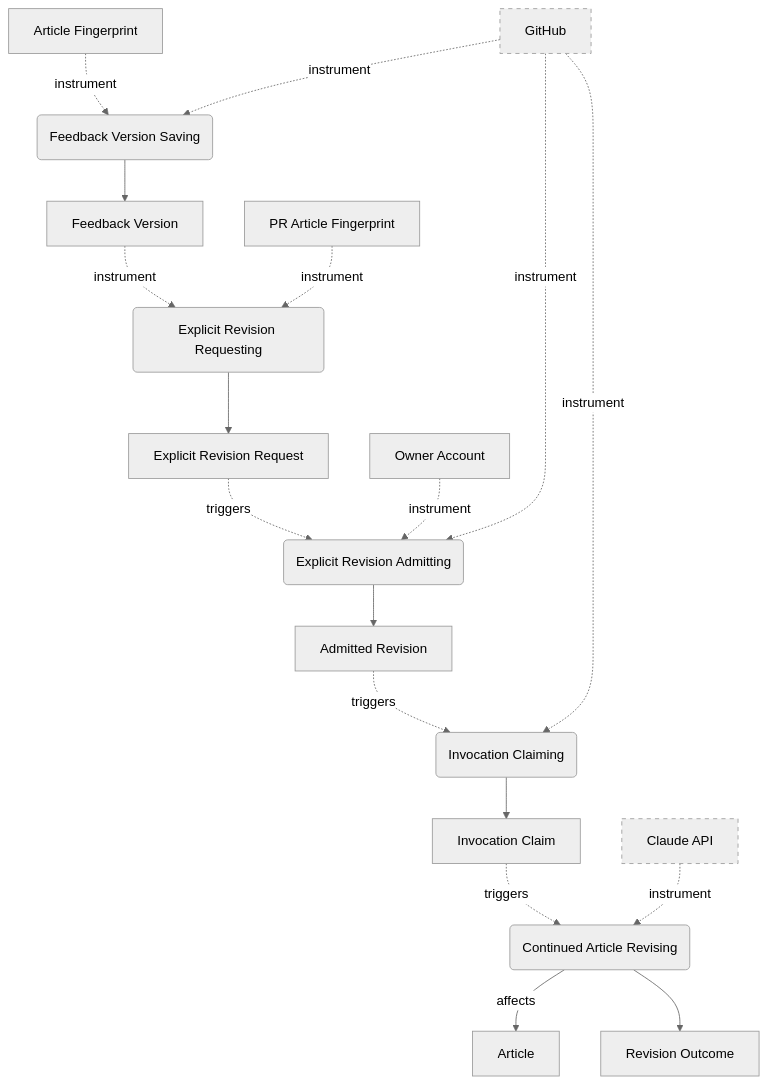
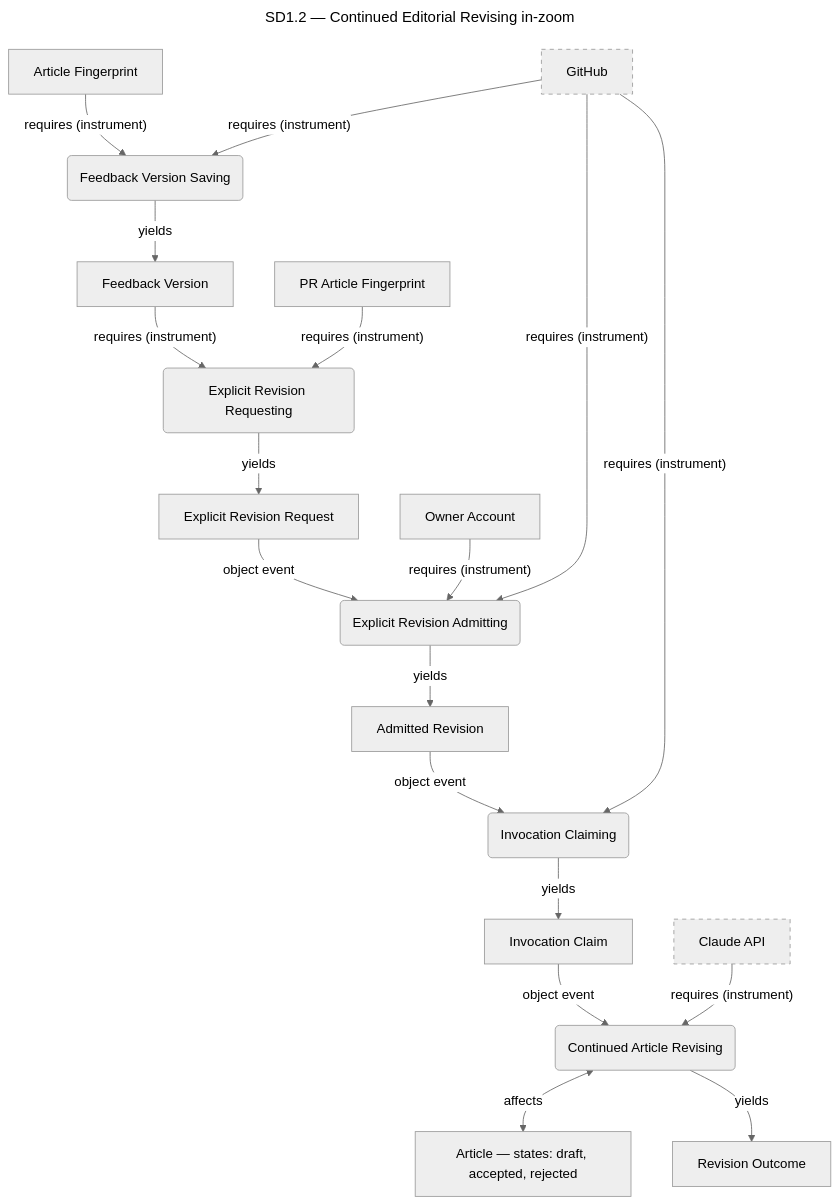
Before and after one commit to ojfbot/daily-logger: the third of 3 diagrams in opm/system.md, drawn with Mermaid (neutral theme). The commit also changed other lines of this file and 55 other files, not shown here.

````diff
--- a/opm/system.md
+++ b/opm/system.md
@@ -221,38 +422,43 @@
 ```mermaid
+---
+title: "SD1.2 — Continued Editorial Revising in-zoom"
+---
 flowchart TD
-  GitHub["GitHub"]
-  FeedbackVersionSaving("Feedback Version Saving")
-  ArticleFingerprint["Article Fingerprint"]
-  FeedbackVersion["Feedback Version"]
-  ExplicitRevisionRequesting("Explicit Revision Requesting")
-  PRArticleFingerprint["PR Article Fingerprint"]
-  ExplicitRevisionRequest["Explicit Revision Request"]
-  ExplicitRevisionAdmitting("Explicit Revision Admitting")
-  OwnerAccount["Owner Account"]
-  AdmittedRevision["Admitted Revision"]
-  InvocationClaiming("Invocation Claiming")
-  InvocationClaim["Invocation Claim"]
-  ContinuedArticleRevising("Continued Article Revising")
-  ClaudeAPI["Claude API"]
-  Article["Article"]
-  RevisionOutcome["Revision Outcome"]
-  GitHub -. instrument .-> FeedbackVersionSaving
-  ArticleFingerprint -. instrument .-> FeedbackVersionSaving
-  FeedbackVersionSaving --> FeedbackVersion
-  FeedbackVersion -. instrument .-> ExplicitRevisionRequesting
-  PRArticleFingerprint -. instrument .-> ExplicitRevisionRequesting
-  ExplicitRevisionRequesting --> ExplicitRevisionRequest
-  ExplicitRevisionRequest -. triggers .-> ExplicitRevisionAdmitting
-  OwnerAccount -. instrument .-> ExplicitRevisionAdmitting
-  GitHub -. instrument .-> ExplicitRevisionAdmitting
-  ExplicitRevisionAdmitting --> AdmittedRevision
-  AdmittedRevision -. triggers .-> InvocationClaiming
-  GitHub -. instrument .-> InvocationClaiming
-  InvocationClaiming --> InvocationClaim
-  InvocationClaim -. triggers .-> ContinuedArticleRevising
-  ClaudeAPI -. instrument .-> ContinuedArticleRevising
-  ContinuedArticleRevising -- affects --> Article
-  ContinuedArticleRevising --> RevisionOutcome
-  style GitHub stroke-dasharray: 5 5
-  style ClaudeAPI stroke-dasharray: 5 5
+  accTitle: SD1.2 — Continued Editorial Revising in-zoom
+  accDescr: Lossy system model projection. Complete source facts follow this diagram.
+  n4["GitHub"]
+  style n4 stroke-dasharray: 5 5
+  n70("Feedback Version Saving")
+  n35["Article Fingerprint"]
+  n71["Feedback Version"]
+  n72("Explicit Revision Requesting")
+  n73["PR Article Fingerprint"]
+  n74["Explicit Revision Request"]
+  n75("Explicit Revision Admitting")
+  n76["Owner Account"]
+  n77["Admitted Revision"]
+  n78("Invocation Claiming")
+  n79["Invocation Claim"]
+  n80("Continued Article Revising")
+  n27["Claude API"]
+  style n27 stroke-dasharray: 5 5
+  n0["Article — states: draft, accepted, rejected"]
+  n81["Revision Outcome"]
+  n4 -->|"requires (instrument)"| n70
+  n35 -->|"requires (instrument)"| n70
+  n70 -->|"yields"| n71
+  n71 -->|"requires (instrument)"| n72
+  n73 -->|"requires (instrument)"| n72
+  n72 -->|"yields"| n74
+  n74 -->|"object event"| n75
+  n76 -->|"requires (instrument)"| n75
+  n4 -->|"requires (instrument)"| n75
+  n75 -->|"yields"| n77
+  n77 -->|"object event"| n78
+  n4 -->|"requires (instrument)"| n78
+  n78 -->|"yields"| n79
+  n79 -->|"object event"| n80
+  n27 -->|"requires (instrument)"| n80
+  n80 <-->|"affects"| n0
+  n80 -->|"yields"| n81
 ```
````
